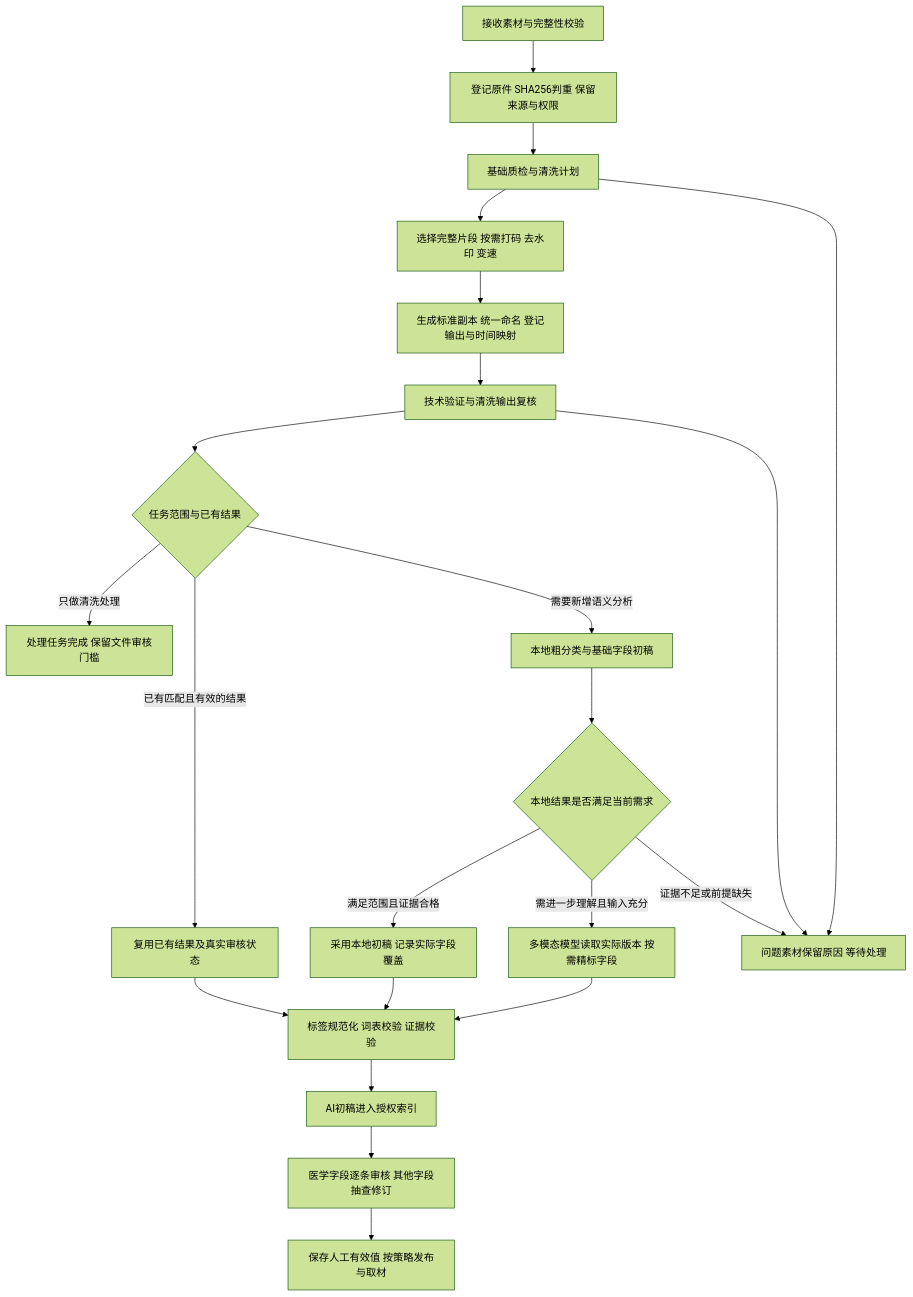
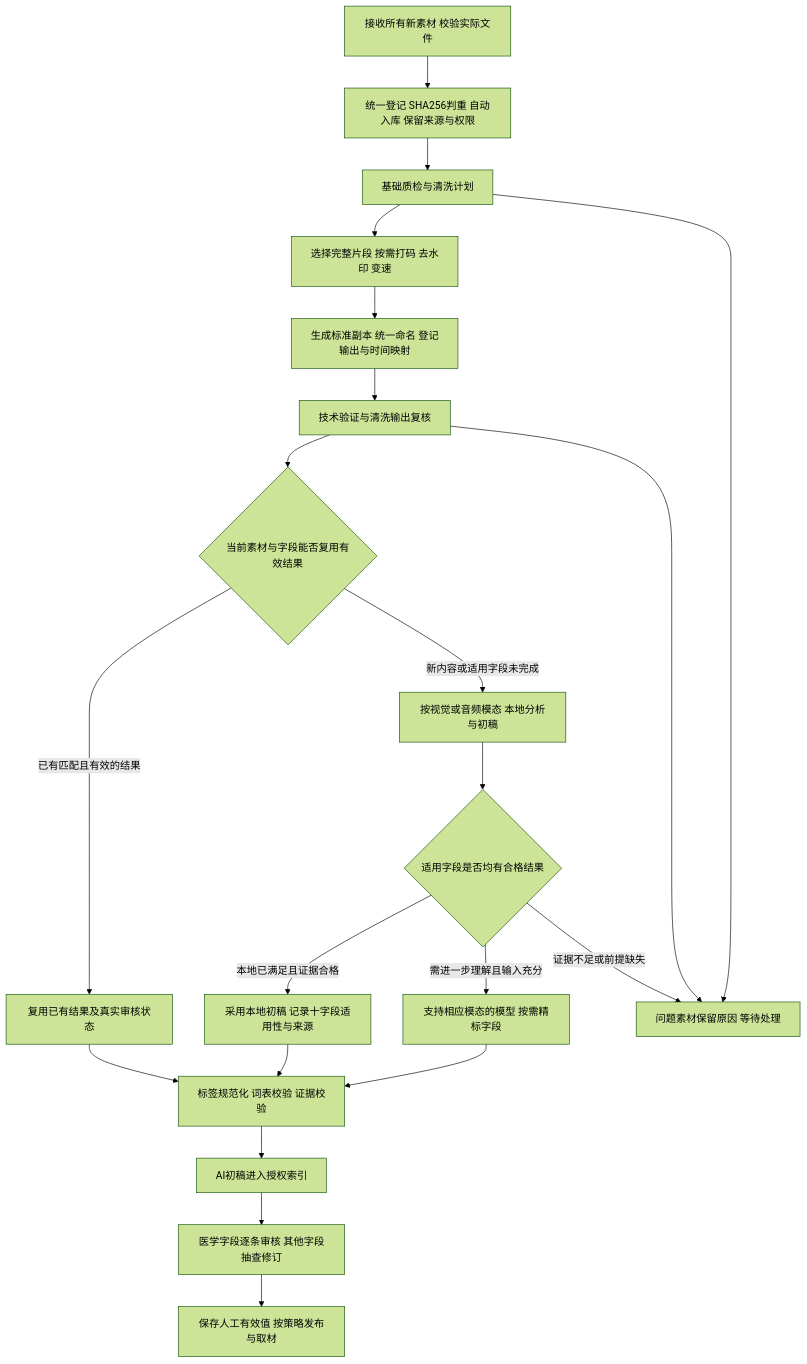
The diagram in docs/cleaning-and-topic-tagging-plan.md (mengby/media-tag), drawn with Mermaid (forest theme) before and after one commit. The commit also changed other lines of this file and 4 other files, not shown here.

````diff
--- a/docs/cleaning-and-topic-tagging-plan.md
+++ b/docs/cleaning-and-topic-tagging-plan.md
@@ -27,24 +30,23 @@
 ```mermaid
 flowchart TD
-    A[接收素材与完整性校验] --> B[登记原件 SHA256判重 保留来源与权限]
+    A[接收所有新素材 校验实际文件] --> B[统一登记 SHA256判重 自动入库 保留来源与权限]
     B --> C[基础质检与清洗计划]
     C --> D[选择完整片段 按需打码 去水印 变速]
     D --> E[生成标准副本 统一命名 登记输出与时间映射]
     E --> F[技术验证与清洗输出复核]
-    F --> R{任务范围与已有结果}
-    R -->|只做清洗处理| T[处理任务完成 保留文件审核门槛]
+    F --> R{当前素材与字段能否复用有效结果}
     R -->|已有匹配且有效的结果| U[复用已有结果及真实审核状态]
     U --> I
-    R -->|需要新增语义分析| G[本地粗分类与基础字段初稿]
-    G --> Q{本地结果是否满足当前需求}
-    Q -->|满足范围且证据合格| N[采用本地初稿 记录实际字段覆盖]
+    R -->|新内容或适用字段未完成| G[按视觉或音频模态 本地分析与初稿]
+    G --> Q{适用字段是否均有合格结果}
+    Q -->|本地已满足且证据合格| N[采用本地初稿 记录十字段适用性与来源]
     N --> I
-    Q -->|需进一步理解且输入充分| H[多模态模型读取实际版本 按需精标字段]
+    Q -->|需进一步理解且输入充分| H[支持相应模态的模型 按需精标字段]
     Q -->|证据不足或前提缺失| M
     H --> I[标签规范化 词表校验 证据校验]
     I --> J[AI初稿进入授权索引]
     J --> K[医学字段逐条审核 其他字段抽查修订]
     K --> L[保存人工有效值 按策略发布与取材]
     C --> M[问题素材保留原因 等待处理]
     F --> M
 ```
````
